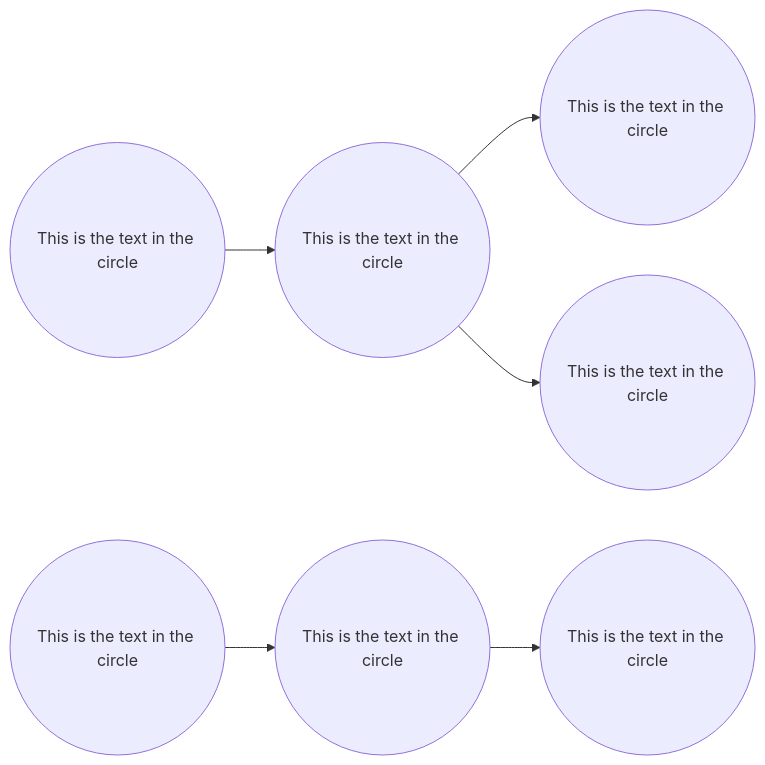
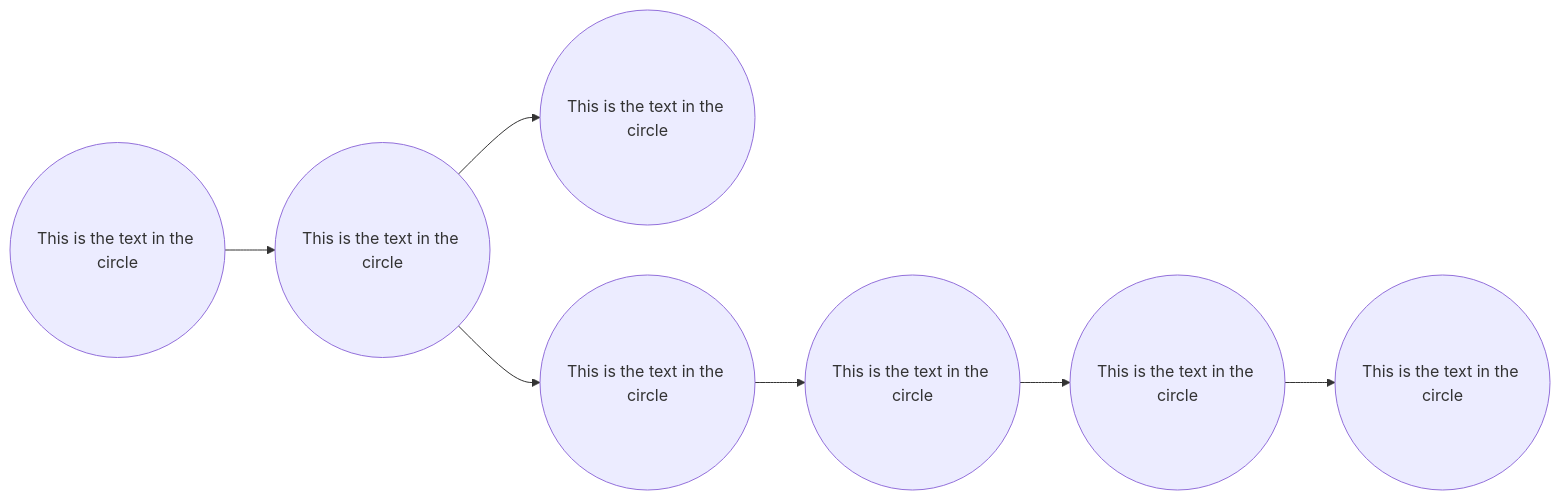
Before and after one commit to gerbssusd/dok: the second of 2 diagrams in slides.md, drawn with Mermaid.

````diff
--- a/slides.md
+++ b/slides.md
@@ -499,13 +499,13 @@
 ```mermaid {scale: .70}
 
 flowchart LR
     id1((This is the text in the circle)) -->
     id2((This is the text in the circle)) -->
     id3((This is the text in the circle))
-   id2 --> id4((This is the text in the circle)) 
+   id2 --> id4((This is the text in the circle)) -->
     id5((This is the text in the circle)) -->
     id6((This is the text in the circle)) -->
     id7((This is the text in the circle))
 
 
 ```
````
